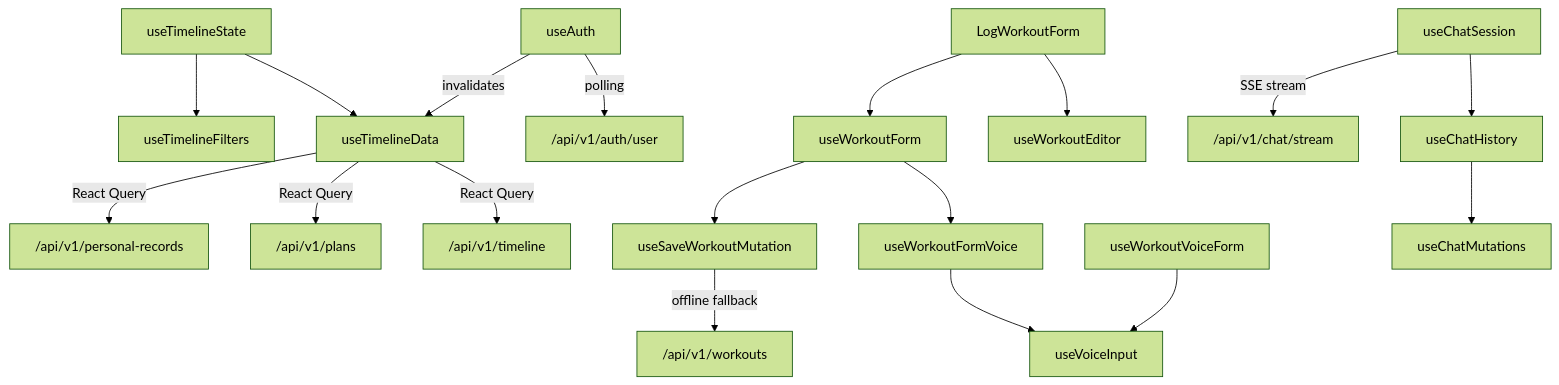
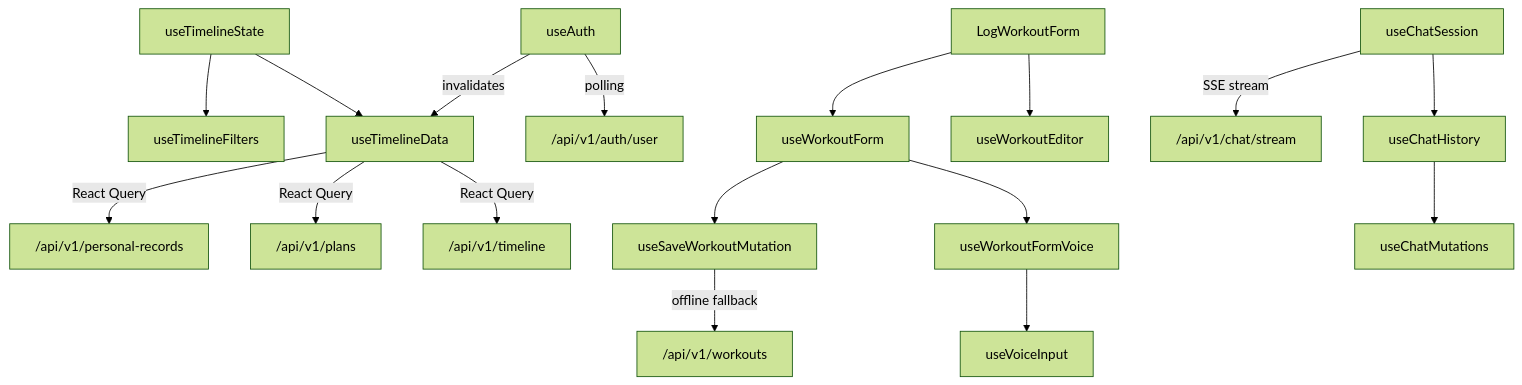
Before and after one commit to daler91/Hyrox-Companion: the first of 2 diagrams in docs/state-management.md, drawn with Mermaid (forest theme). The commit also changed other lines of this file and 53 other files, not shown here.

````diff
--- a/docs/state-management.md
+++ b/docs/state-management.md
@@ -214,23 +213,22 @@
 ```mermaid
 flowchart TD
     UTS[useTimelineState] --> UTD[useTimelineData]
     UTS --> UTF[useTimelineFilters]
     UTD --> |React Query| API["/api/v1/timeline"]
     UTD --> |React Query| API2["/api/v1/plans"]
     UTD --> |React Query| API3["/api/v1/personal-records"]
     
     LWF[LogWorkoutForm] --> UWE[useWorkoutEditor]
     LWF --> UWF[useWorkoutForm]
     UWF --> UWFV[useWorkoutFormVoice]
     UWF --> USWM[useSaveWorkoutMutation]
     UWFV --> UVI[useVoiceInput]
     USWM --> |offline fallback| API6["/api/v1/workouts"]
-    UWVF[useWorkoutVoiceForm] --> UVI
     
     UCS[useChatSession] --> UCH[useChatHistory]
     UCH --> UCM[useChatMutations]
     UCS --> |SSE stream| API4["/api/v1/chat/stream"]
     
     UA[useAuth] --> |polling| API5["/api/v1/auth/user"]
     UA --> |invalidates| UTD
 ```
````
